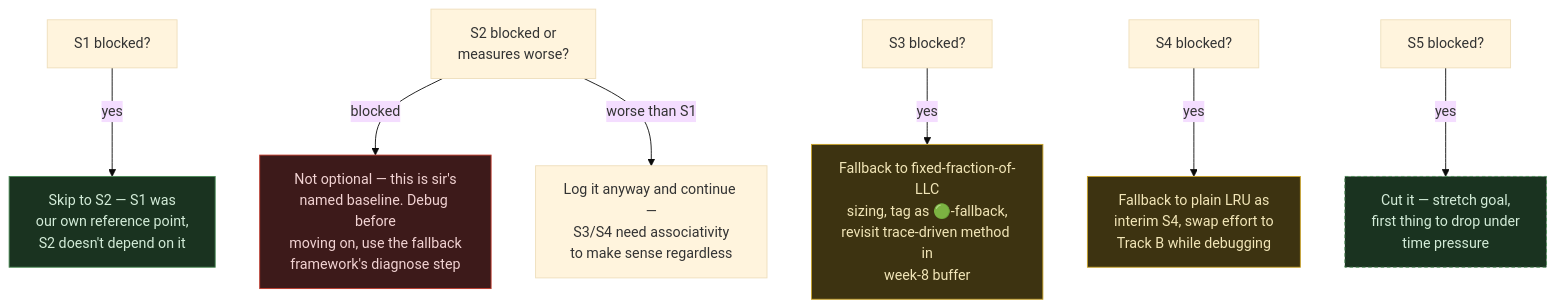
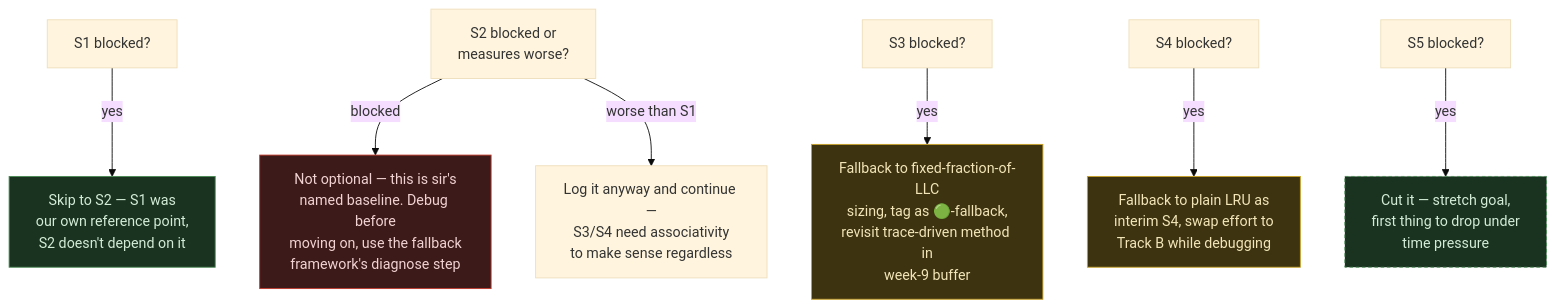
Before and after one commit to KathpaliaChirag/Nanopore-project: the fifth of 7 diagrams in planning/week4plan.md, drawn with Mermaid (base theme). The commit also changed other lines of this file, not shown here.

````diff
--- a/planning/week4plan.md
+++ b/planning/week4plan.md
@@ -177,15 +191,15 @@
 ```mermaid
 flowchart TD
     S1["S1 blocked?"] -->|yes| S1F["Skip to S2 — S1 was\nour own reference point,\nS2 doesn't depend on it"]
     S2["S2 blocked or\nmeasures worse?"] -->|blocked| S2F["Not optional — this is sir's\nnamed baseline. Debug before\nmoving on, use the fallback\nframework's diagnose step"]
     S2 -->|worse than S1| S2G["Log it anyway and continue —\nS3/S4 need associativity\nto make sense regardless"]
-    S3["S3 blocked?"] -->|yes| S3F["Fallback to fixed-fraction-of-LLC\nsizing, tag as 🟢-fallback,\nrevisit trace-driven method in\nweek-8 buffer"]
+    S3["S3 blocked?"] -->|yes| S3F["Fallback to fixed-fraction-of-LLC\nsizing, tag as 🟢-fallback,\nrevisit trace-driven method in\nweek-9 buffer"]
     S4["S4 blocked?"] -->|yes| S4F["Fallback to plain LRU as\ninterim S4, swap effort to\nTrack B while debugging"]
     S5["S5 blocked?"] -->|yes| S5F["Cut it — stretch goal,\nfirst thing to drop under\ntime pressure"]
 
     style S2F fill:#3d1a1a,stroke:#c0392b,color:#f2d3d3
     style S1F fill:#1a3320,stroke:#4a8a54,color:#d3ecd8
     style S3F fill:#3d3311,stroke:#c9a227,color:#f2e6b8
     style S4F fill:#3d3311,stroke:#c9a227,color:#f2e6b8
     style S5F fill:#1a3320,stroke:#4a8a54,stroke-dasharray: 4 3,color:#d3ecd8
 ```
````
